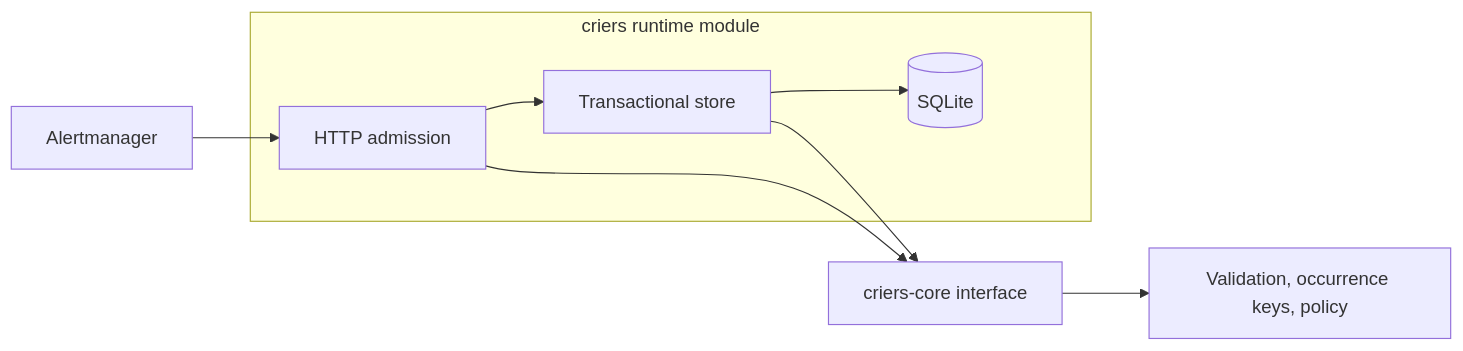
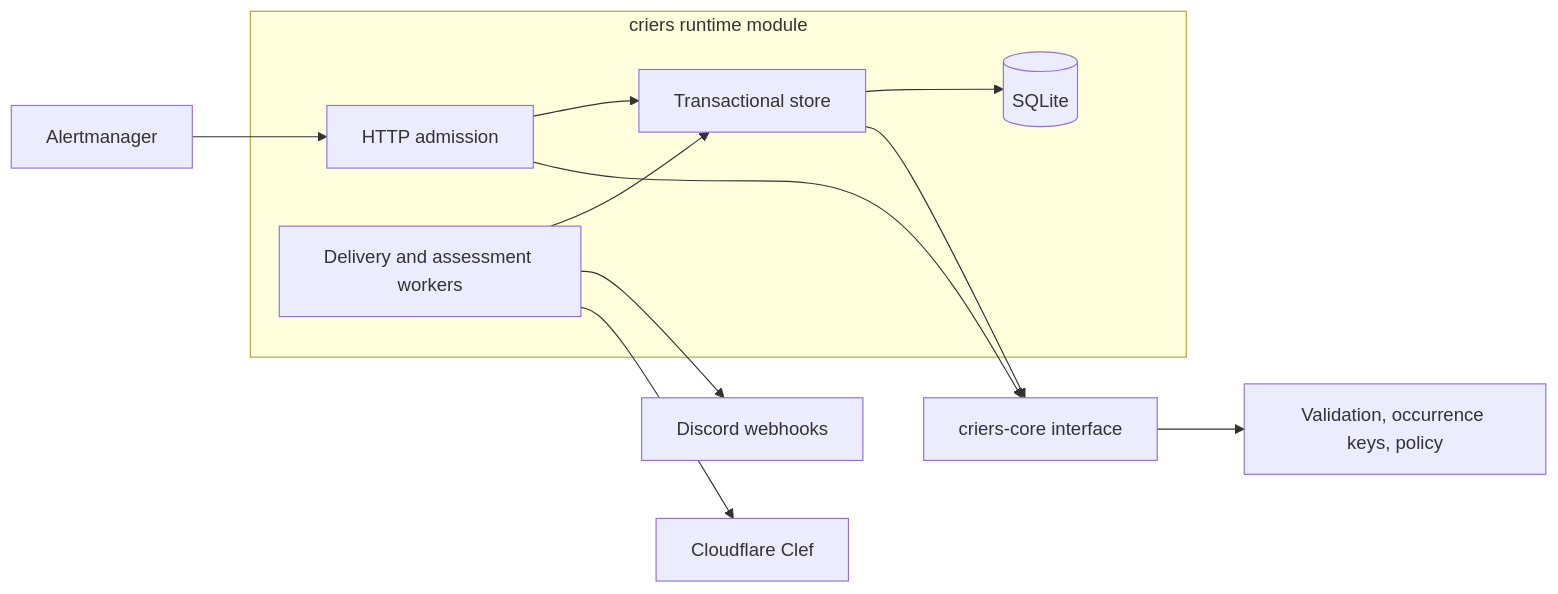
The diagram in docs/adr/001-workspace.md (notes-supply/criers), drawn with Mermaid before and after one commit. The commit also changed other lines of this file and 66 other files, not shown here.

````diff
--- a/docs/adr/001-workspace.md
+++ b/docs/adr/001-workspace.md
@@ -10,11 +10,14 @@
 ```mermaid
 flowchart LR
     Producer[Alertmanager] --> HTTP[HTTP admission]
     subgraph Runtime[criers runtime module]
         HTTP --> Store[Transactional store]
         Store --> DB[(SQLite)]
+        Workers[Delivery and assessment workers] --> Store
     end
+    Workers --> Discord[Discord webhooks]
+    Workers --> Clef[Cloudflare Clef]
     HTTP --> Core[criers-core interface]
     Store --> Core
     Core --> Policy[Validation, occurrence keys, policy]
 ```
````
